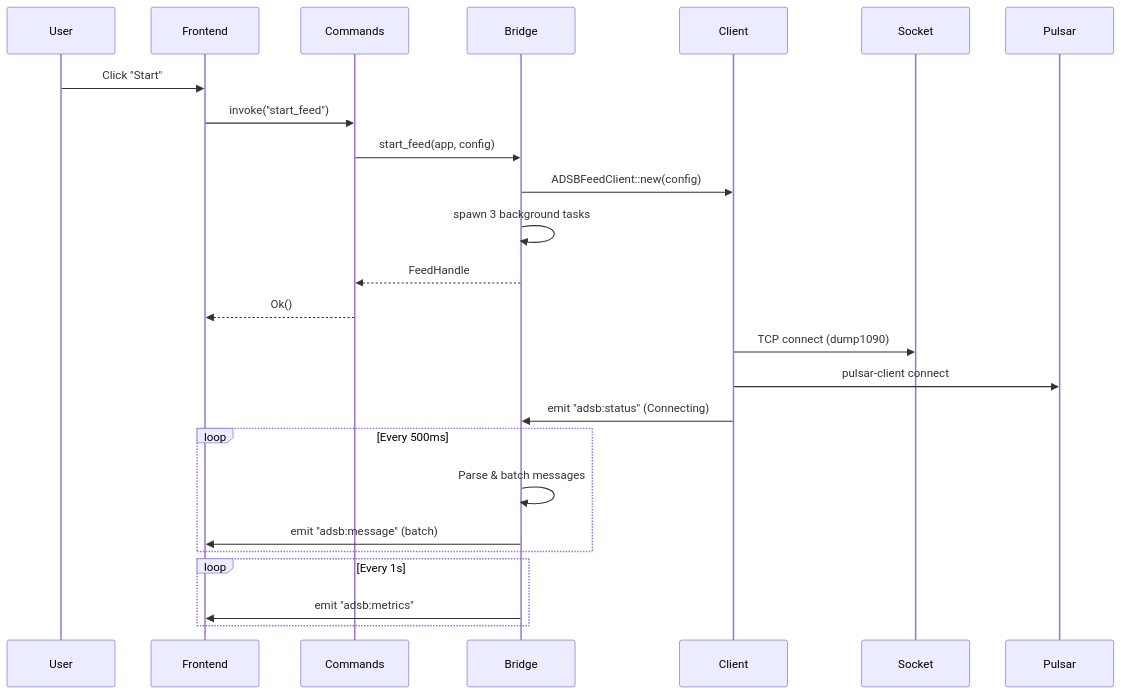
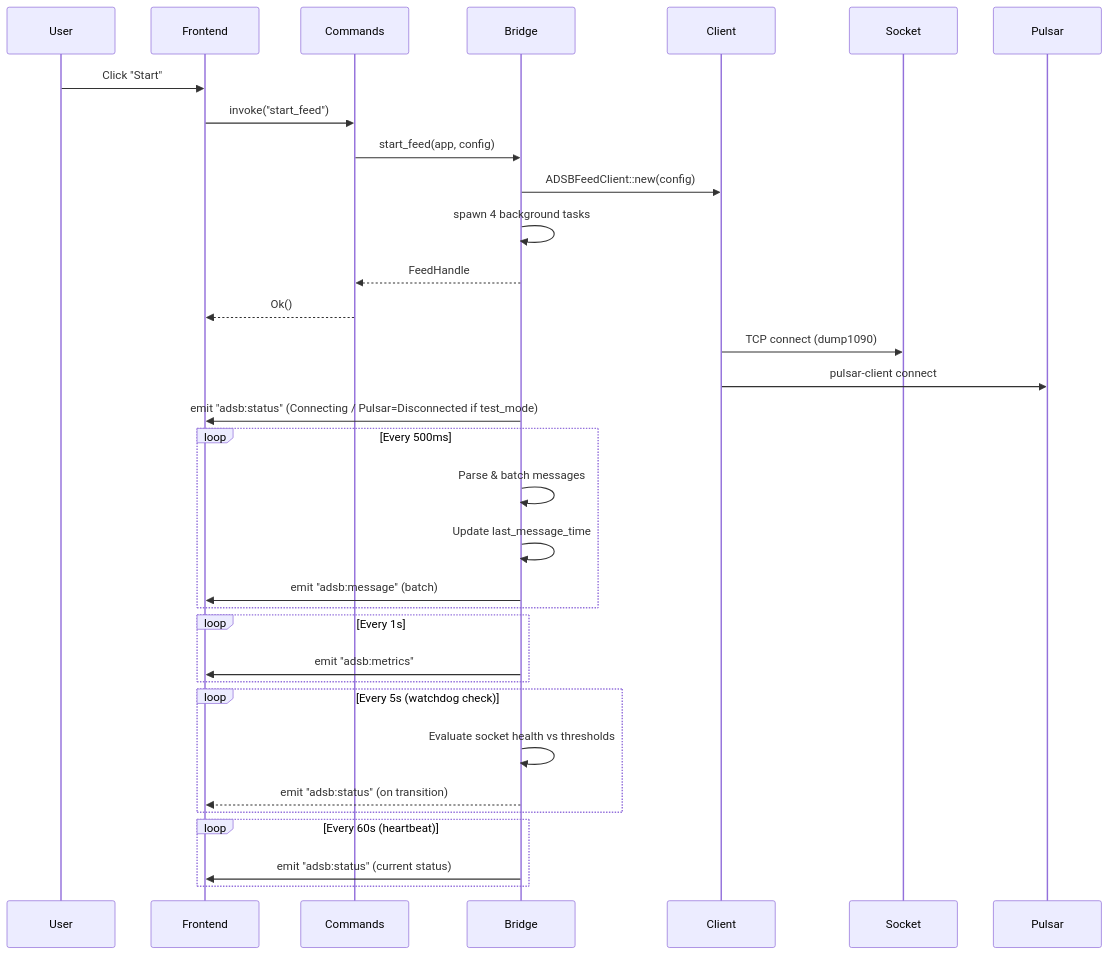
The fifth of 7 diagrams in rust/adsb-pulsar-client-desktop/docs/DESIGN.md (bnassivet/adsb-feed), drawn with Mermaid before and after one commit. The commit also changed other lines of this file and 3 other files, not shown here.

First line of the commit message:
feat: config-driven socket watchdog and connection status indicators

````diff
--- a/rust/adsb-pulsar-client-desktop/docs/DESIGN.md
+++ b/rust/adsb-pulsar-client-desktop/docs/DESIGN.md
@@ -883,31 +915,41 @@
 ```mermaid
 sequenceDiagram
     participant User
     participant Frontend
     participant Commands
     participant Bridge
     participant Client
     participant Socket
     participant Pulsar
 
     User->>Frontend: Click "Start"
     Frontend->>Commands: invoke("start_feed")
     Commands->>Bridge: start_feed(app, config)
     Bridge->>Client: ADSBFeedClient::new(config)
-    Bridge->>Bridge: spawn 3 background tasks
+    Bridge->>Bridge: spawn 4 background tasks
     Bridge-->>Commands: FeedHandle
     Commands-->>Frontend: Ok()
 
     Client->>Socket: TCP connect (dump1090)
     Client->>Pulsar: pulsar-client connect
-    Client->>Bridge: emit "adsb:status" (Connecting)
+    Bridge->>Frontend: emit "adsb:status" (Connecting / Pulsar=Disconnected if test_mode)
 
     loop Every 500ms
         Bridge->>Bridge: Parse & batch messages
+        Bridge->>Bridge: Update last_message_time
         Bridge->>Frontend: emit "adsb:message" (batch)
     end
 
     loop Every 1s
         Bridge->>Frontend: emit "adsb:metrics"
     end
+
+    loop Every 5s (watchdog check)
+        Bridge->>Bridge: Evaluate socket health vs thresholds
+        Bridge-->>Frontend: emit "adsb:status" (on transition)
+    end
+
+    loop Every 60s (heartbeat)
+        Bridge->>Frontend: emit "adsb:status" (current status)
+    end
 ```
````
